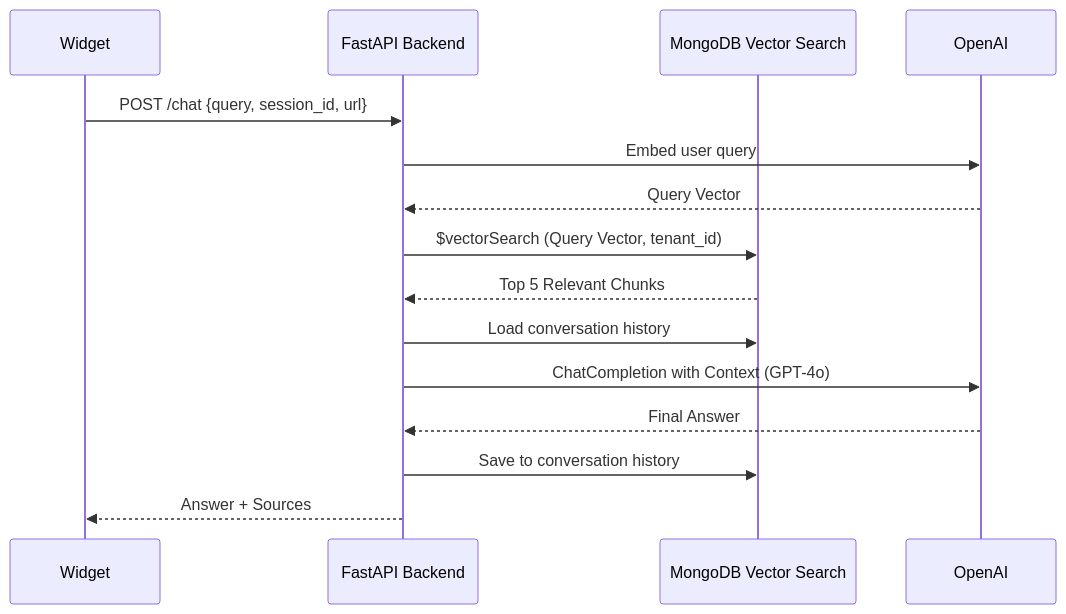
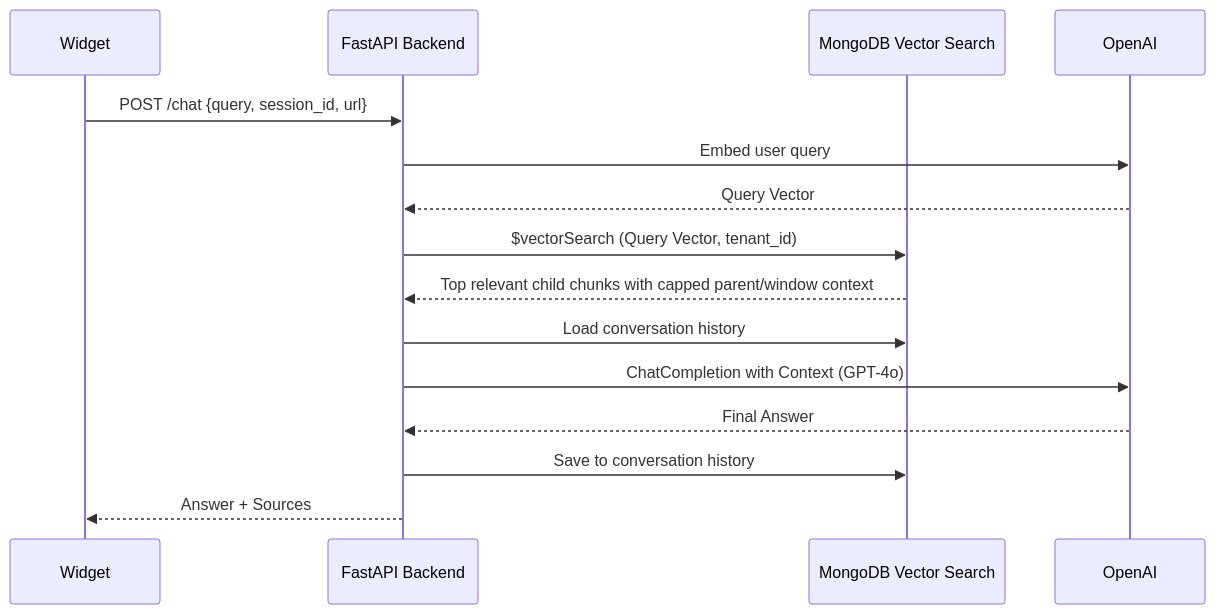
One commit to Himanshu-Jha-rgb/AI_Chatbot_widget changed the third of 3 diagrams in README.md. Above: the diagram before and after it, drawn with Mermaid. The commit also changed other lines of this file and 11 other files, not shown here.

````diff
--- a/README.md
+++ b/README.md
@@ -60,21 +60,21 @@
 ```mermaid
 sequenceDiagram
     participant Widget
     participant API as FastAPI Backend
     participant DB as MongoDB Vector Search
     participant OpenAI
     
     Widget->>API: POST /chat {query, session_id, url}
     API->>OpenAI: Embed user query
     OpenAI-->>API: Query Vector
     
     API->>DB: $vectorSearch (Query Vector, tenant_id)
-    DB-->>API: Top 5 Relevant Chunks
+    DB-->>API: Top relevant child chunks with capped parent/window context
     API->>DB: Load conversation history
     
     API->>OpenAI: ChatCompletion with Context (GPT-4o)
     OpenAI-->>API: Final Answer
     
     API->>DB: Save to conversation history
     API-->>Widget: Answer + Sources
 ```
````
